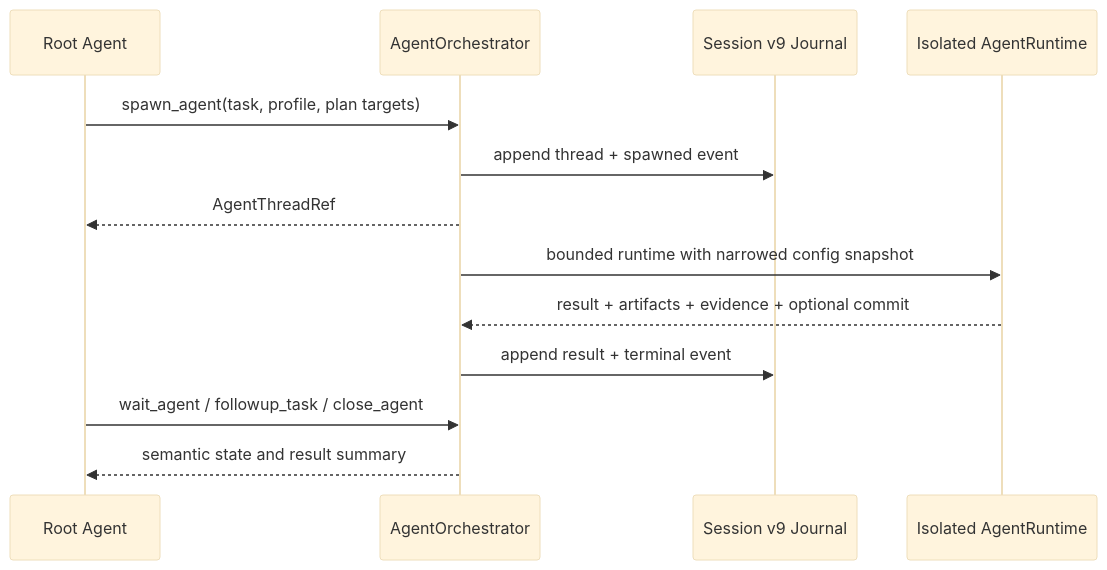
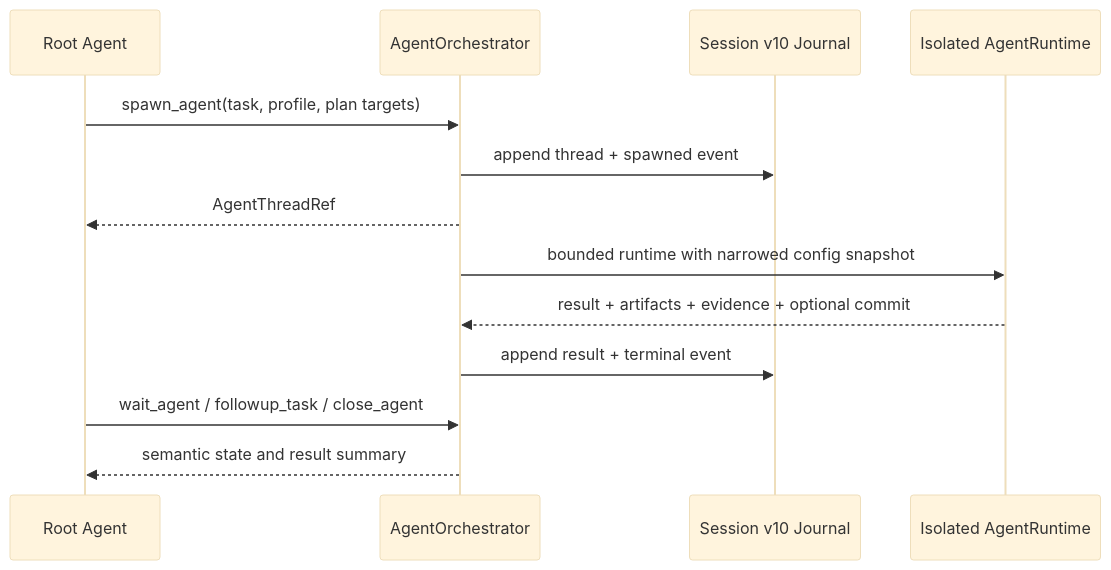
One commit to JasonYZzz/lumen changed the second of 2 diagrams in docs/architecture-guide/06-extensions-and-delegation.md. Above: the diagram before and after it, drawn with Mermaid (base theme). The commit also changed other lines of this file and 193 other files, not shown here.

````diff
--- a/docs/architecture-guide/06-extensions-and-delegation.md
+++ b/docs/architecture-guide/06-extensions-and-delegation.md
@@ -59,16 +59,16 @@
 ```mermaid
 sequenceDiagram
     participant Parent as Root Agent
     participant AO as AgentOrchestrator
-    participant SR as Session v9 Journal
+    participant SR as Session v10 Journal
     participant Child as Isolated AgentRuntime
 
     Parent->>AO: spawn_agent(task, profile, plan targets)
     AO->>SR: append thread + spawned event
     AO-->>Parent: AgentThreadRef
     AO->>Child: bounded runtime with narrowed config snapshot
     Child-->>AO: result + artifacts + evidence + optional commit
     AO->>SR: append result + terminal event
     Parent->>AO: wait_agent / followup_task / close_agent
     AO-->>Parent: semantic state and result summary
 ```
````
